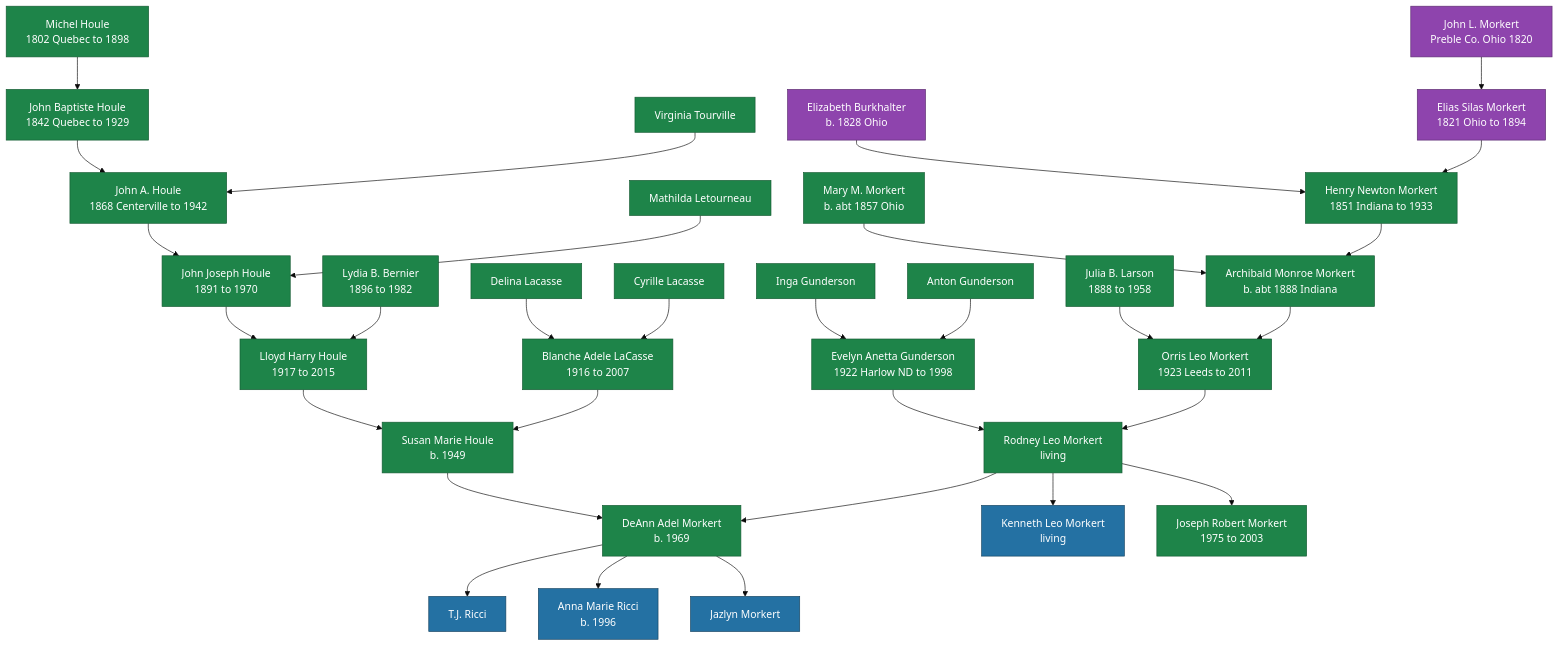
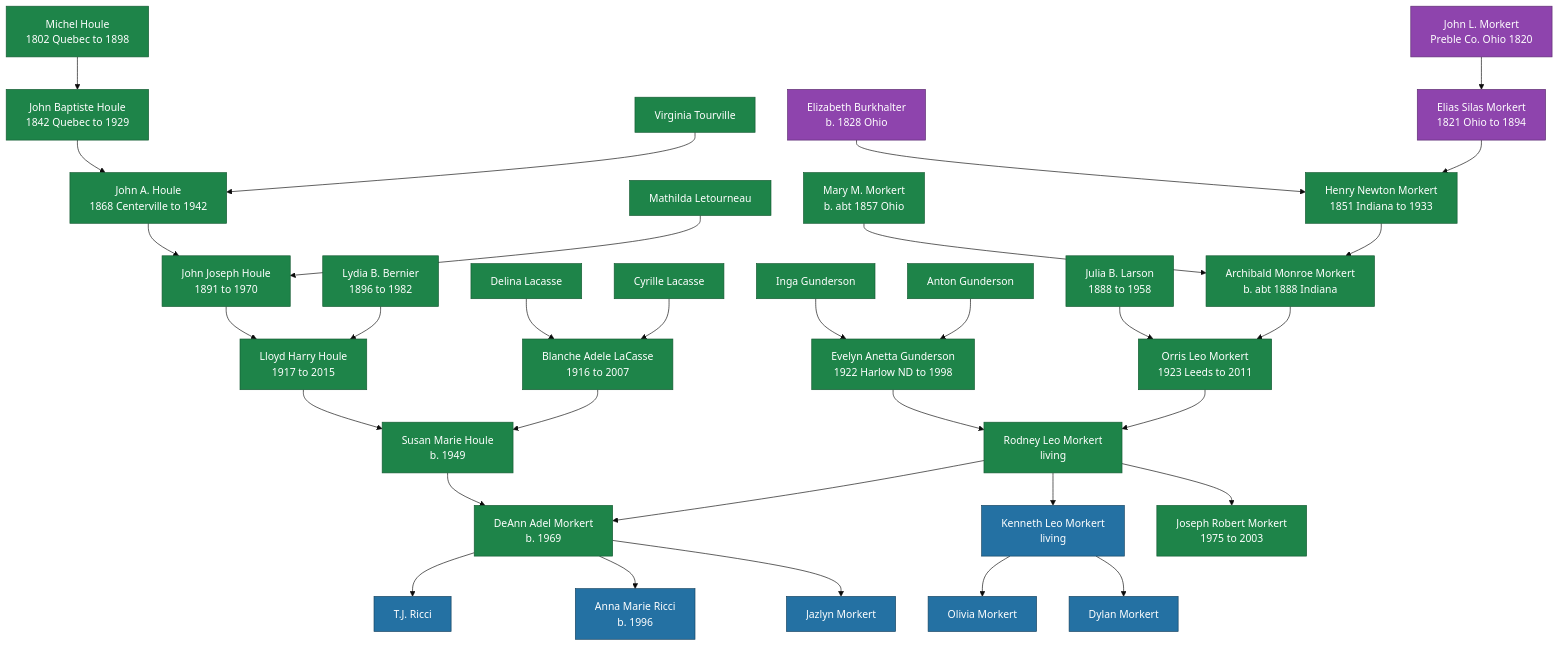
The diagram in tree.mmd (Triccsters/morkert-family-history), drawn with Mermaid (base theme) before and after one commit. The commit also changed 3 other files, not shown here.

First line of the commit message:
Add Dylan Morkert and confirm Olivia as Kenneth and Rebecca's children

```diff
--- a/tree.mmd
+++ b/tree.mmd
@@ -1,39 +1,41 @@
 graph TD
   JL["John L. Morkert<br/>Preble Co. Ohio 1820"] --> EM
   MH["Michel Houle<br/>1802 Quebec to 1898"] --> JB["John Baptiste Houle<br/>1842 Quebec to 1929"]
   VT["Virginia Tourville"] --> JA
   JB --> JA["John A. Houle<br/>1868 Centerville to 1942"]
   ML["Mathilda Letourneau"] --> JJ
   JA --> JJ["John Joseph Houle<br/>1891 to 1970"]
   LB["Lydia B. Bernier<br/>1896 to 1982"] --> LH
   JJ --> LH["Lloyd Harry Houle<br/>1917 to 2015"]
   BL["Blanche Adele LaCasse<br/>1916 to 2007"] --> SH
   CL["Cyrille Lacasse"] --> BL
   DL["Delina Lacasse"] --> BL
   LH --> SH["Susan Marie Houle<br/>b. 1949"]
 
   EM["Elias Silas Morkert<br/>1821 Ohio to 1894"] --> HM
   EB["Elizabeth Burkhalter<br/>b. 1828 Ohio"] --> HM
   HM["Henry Newton Morkert<br/>1851 Indiana to 1933"] --> AM
   MM["Mary M. Morkert<br/>b. abt 1857 Ohio"] --> AM
   AM["Archibald Monroe Morkert<br/>b. abt 1888 Indiana"] --> OM
   JM["Julia B. Larson<br/>1888 to 1958"] --> OM
   OM["Orris Leo Morkert<br/>1923 Leeds to 2011"] --> RM
   AG["Anton Gunderson"] --> EV
   IG["Inga Gunderson"] --> EV
   EV["Evelyn Anetta Gunderson<br/>1922 Harlow ND to 1998"] --> RM
   RM["Rodney Leo Morkert<br/>living"] --> DM
   SH --> DM["DeAnn Adel Morkert<br/>b. 1969"]
   DM --> TJ["T.J. Ricci"]
   DM --> AN["Anna Marie Ricci<br/>b. 1996"]
   DM --> JZ["Jazlyn Morkert"]
   RM --> KM["Kenneth Leo Morkert<br/>living"]
+  KM --> OL["Olivia Morkert"]
+  KM --> DY["Dylan Morkert"]
   RM --> JO["Joseph Robert Morkert<br/>1975 to 2003"]
 
   classDef rec fill:#1e8449,color:#ffffff,stroke:#145a32
   classDef prob fill:#8e44ad,color:#ffffff,stroke:#5b2c6f
   classDef fam fill:#2471a3,color:#ffffff,stroke:#154360
   class MH,JB,JA,JJ,LH,SH,VT,ML,LB,BL,CL,DL rec
   class HM,MM,AM,JM,OM,RM,DM,JO,EV,AG,IG rec
   class EM,EB,JL prob
-  class TJ,AN,JZ,KM fam
+  class TJ,AN,JZ,KM,OL,DY fam
```
